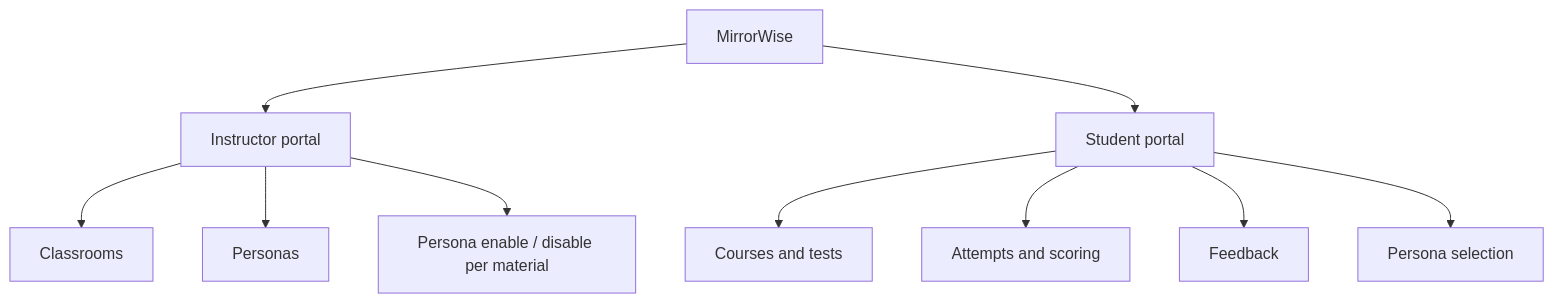
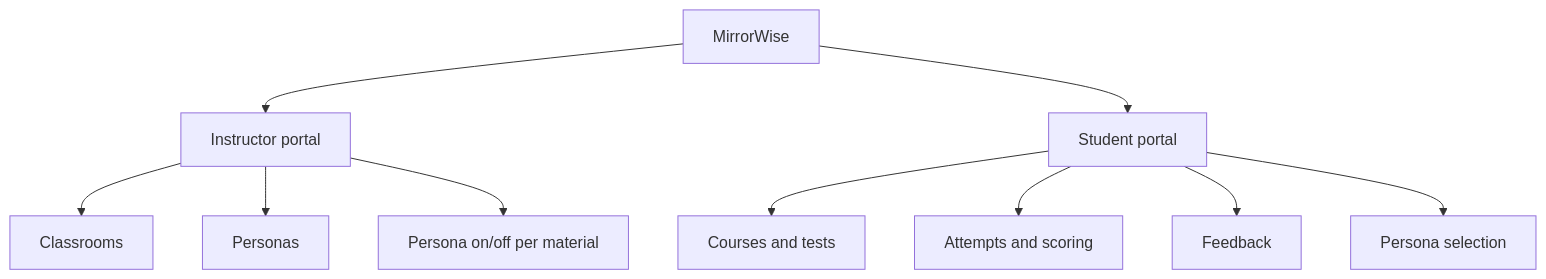
The second of 3 diagrams in README.md (faiq69280/mirror-wise), drawn with Mermaid before and after one commit. The commit also changed other lines of this file, not shown here.

````diff
--- a/README.md
+++ b/README.md
@@ -63,12 +63,12 @@
 ```mermaid
 flowchart TD
-    MW[MirrorWise] --> T[Instructor portal]
-    MW --> L[Student portal]
-    T --> T1[Classrooms]
-    T --> T2[Personas]
-    T --> T3[Persona enable / disable per material]
-    L --> L1[Courses and tests]
-    L --> L2[Attempts and scoring]
-    L --> L3[Feedback]
-    L --> L4[Persona selection]
+    MW["MirrorWise"] --> T["Instructor portal"]
+    MW --> L["Student portal"]
+    T --> T1["Classrooms"]
+    T --> T2["Personas"]
+    T --> T3["Persona on/off per material"]
+    L --> L1["Courses and tests"]
+    L --> L2["Attempts and scoring"]
+    L --> L3["Feedback"]
+    L --> L4["Persona selection"]
 ```
````
